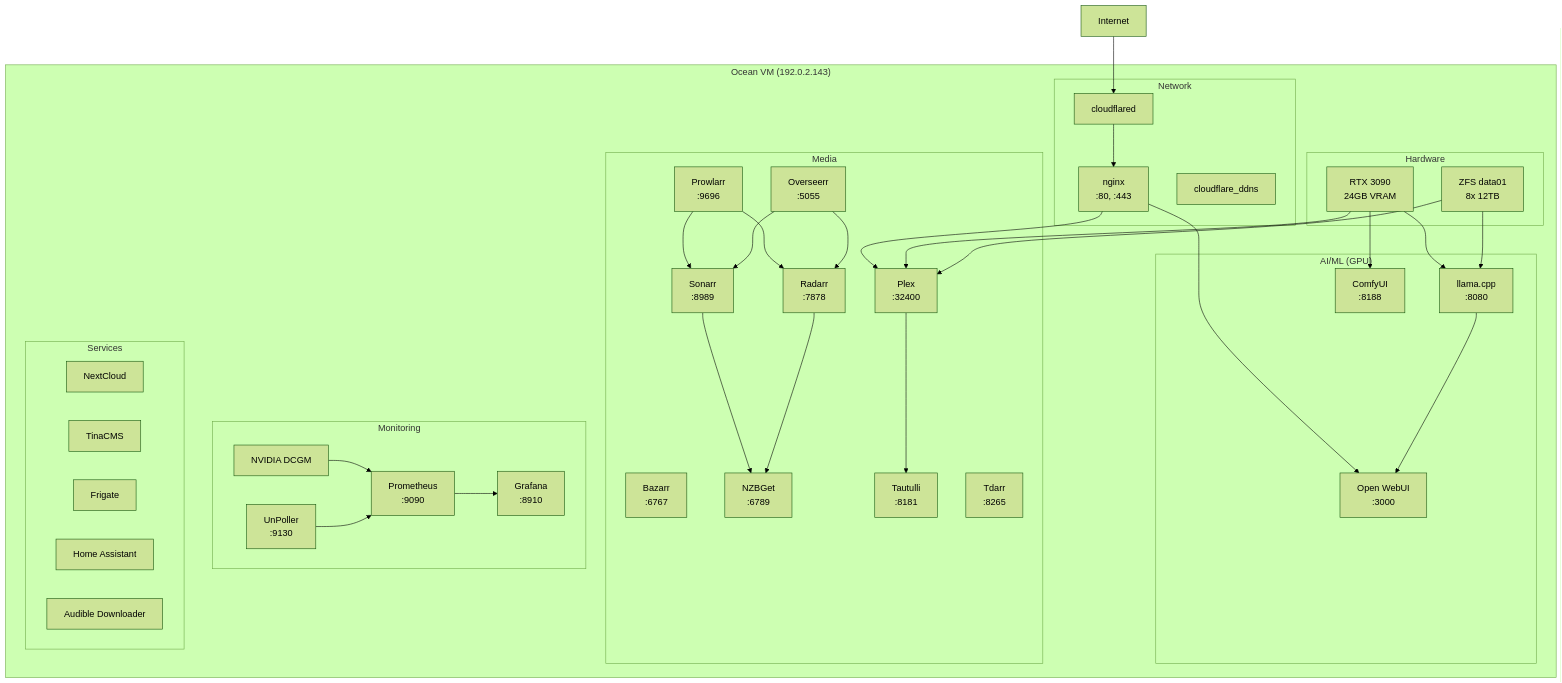
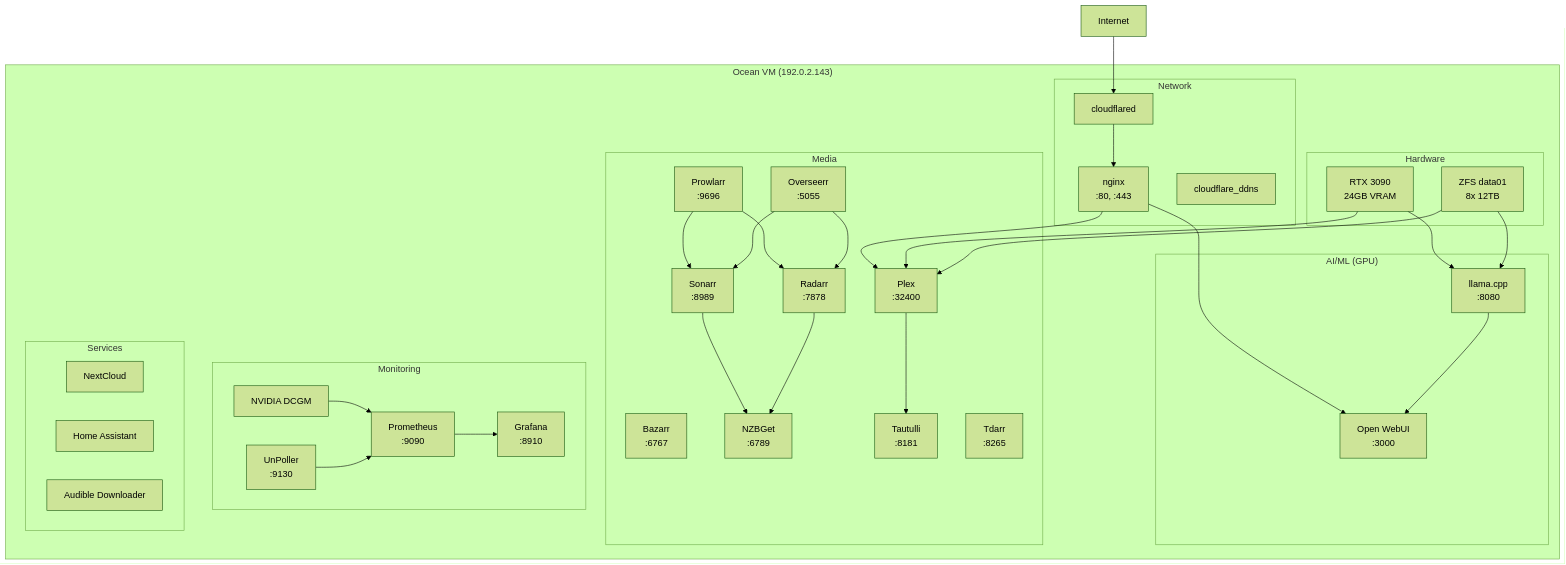
Before and after one commit to bluefishforsale/homelab: the diagram in docs/architecture/ocean-services.md, drawn with Mermaid (forest theme). The commit also changed other lines of this file and 37 other files, not shown here.

````diff
--- a/docs/architecture/ocean-services.md
+++ b/docs/architecture/ocean-services.md
@@ -9,74 +9,70 @@
 ```mermaid
 graph TB
     subgraph ocean["Ocean VM (192.0.2.143)"]
         subgraph network["Network"]
             Nginx[nginx<br/>:80, :443]
             DDNS[cloudflare_ddns]
             Cloudflared[cloudflared]
         end
         
         subgraph ai["AI/ML (GPU)"]
             LlamaCpp[llama.cpp<br/>:8080]
             OpenWebUI[Open WebUI<br/>:3000]
-            ComfyUI[ComfyUI<br/>:8188]
         end
         
         subgraph media["Media"]
             Plex[Plex<br/>:32400]
             Sonarr[Sonarr<br/>:8989]
             Radarr[Radarr<br/>:7878]
             Prowlarr[Prowlarr<br/>:9696]
             Bazarr[Bazarr<br/>:6767]
             NZBGet[NZBGet<br/>:6789]
             Overseerr[Overseerr<br/>:5055]
             Tautulli[Tautulli<br/>:8181]
             Tdarr[Tdarr<br/>:8265]
         end
         
         subgraph monitoring["Monitoring"]
             Prometheus[Prometheus<br/>:9090]
             Grafana[Grafana<br/>:8910]
             DCGM[NVIDIA DCGM]
             UnPoller[UnPoller<br/>:9130]
         end
         
         subgraph services["Services"]
             NextCloud[NextCloud]
-            TinaCMS[TinaCMS]
-            Frigate[Frigate]
             HomeAssistant[Home Assistant]
             Audible[Audible Downloader]
         end
         
         subgraph hardware["Hardware"]
             GPU[RTX 3090<br/>24GB VRAM]
             ZFS[ZFS data01<br/>8x 12TB]
         end
     end
     
     Internet[Internet] --> Cloudflared
     Cloudflared --> Nginx
     Nginx --> Plex
     Nginx --> OpenWebUI
     
     Prowlarr --> Sonarr
     Prowlarr --> Radarr
     Sonarr --> NZBGet
     Radarr --> NZBGet
     
     Plex --> Tautulli
     Overseerr --> Sonarr
     Overseerr --> Radarr
     
     LlamaCpp --> OpenWebUI
     GPU --> LlamaCpp
-    GPU --> ComfyUI
     GPU --> Plex
     
     Prometheus --> Grafana
     DCGM --> Prometheus
     UnPoller --> Prometheus
     
     ZFS --> Plex
     ZFS --> LlamaCpp
 ```
````
